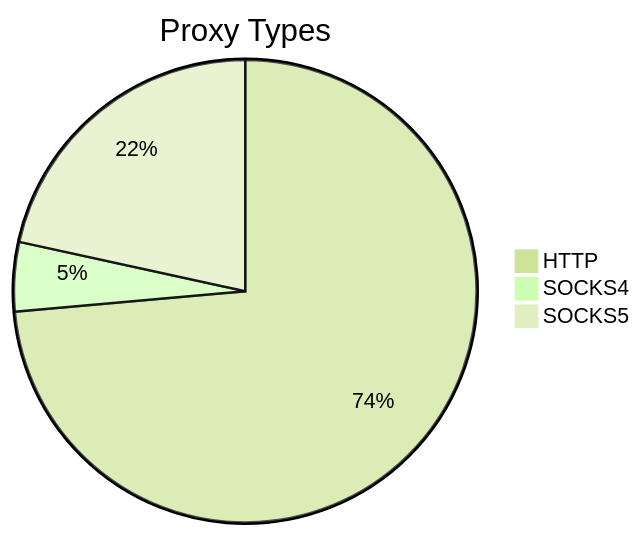
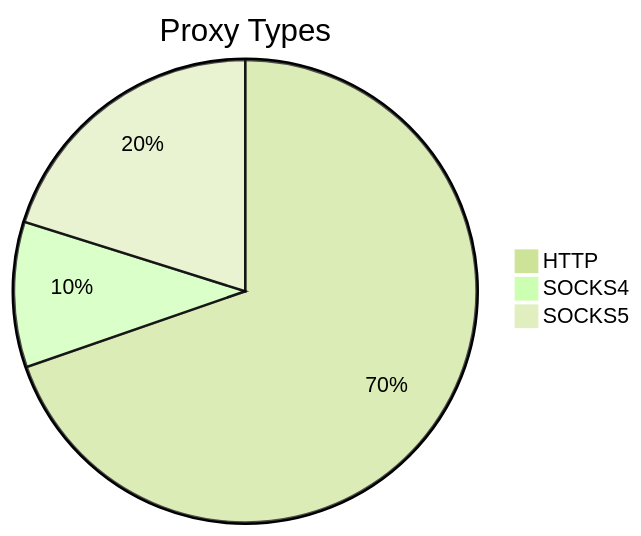
One commit to stormsia/proxy-list changed the first of 2 diagrams in README.md. Above: the diagram before and after it, drawn with Mermaid (forest theme). The commit also changed other lines of this file, not shown here.

````diff
--- a/README.md
+++ b/README.md
@@ -21,6 +21,6 @@
 ```mermaid
 pie title Proxy Types
-    "HTTP" : 822
-    "SOCKS4" : 54
-    "SOCKS5" : 241
+    "HTTP" : 906
+    "SOCKS4" : 132
+    "SOCKS5" : 262
 ```
````
